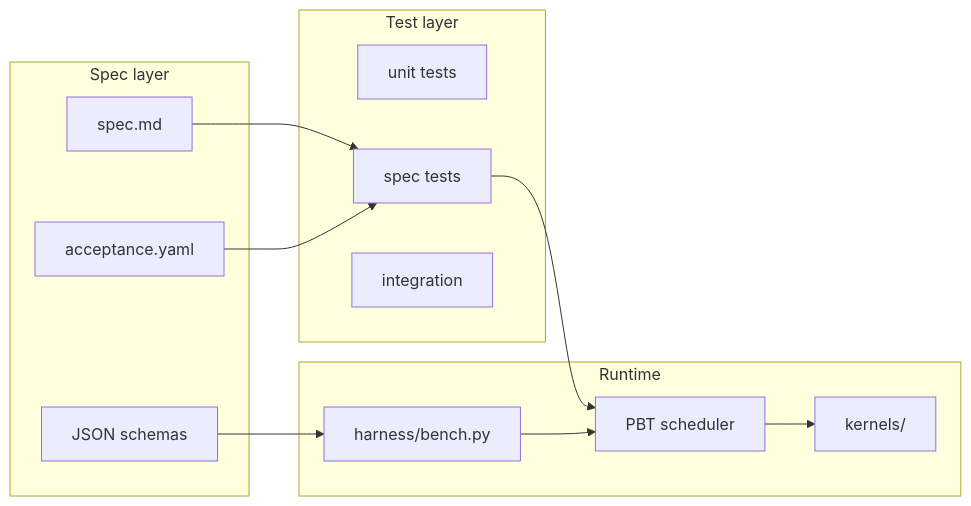
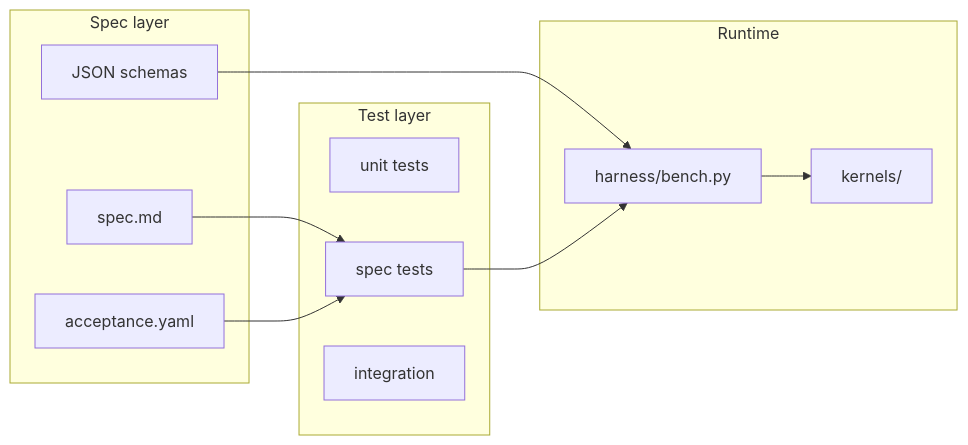
One commit to suv11235/autokernel-PBT changed the diagram in specs/architecture/overview.md. Above: the diagram before and after it, drawn with Mermaid. The commit also changed other lines of this file and 27 other files, not shown here.

````diff
--- a/specs/architecture/overview.md
+++ b/specs/architecture/overview.md
@@ -5,27 +5,25 @@
 ```mermaid
 flowchart LR
   subgraph spec["Spec layer"]
     SPEC[spec.md]
     ACC[acceptance.yaml]
     SCH[JSON schemas]
   end
 
   subgraph test["Test layer"]
     UT[unit tests]
     ST[spec tests]
     IT[integration]
   end
 
   subgraph runtime["Runtime"]
     HAR[harness/bench.py]
-    PBT[PBT scheduler]
     KRN[kernels/]
   end
 
   SPEC --> ST
   ACC --> ST
   SCH --> HAR
-  ST --> PBT
-  HAR --> PBT
-  PBT --> KRN
+  ST --> HAR
+  HAR --> KRN
 ```
````
